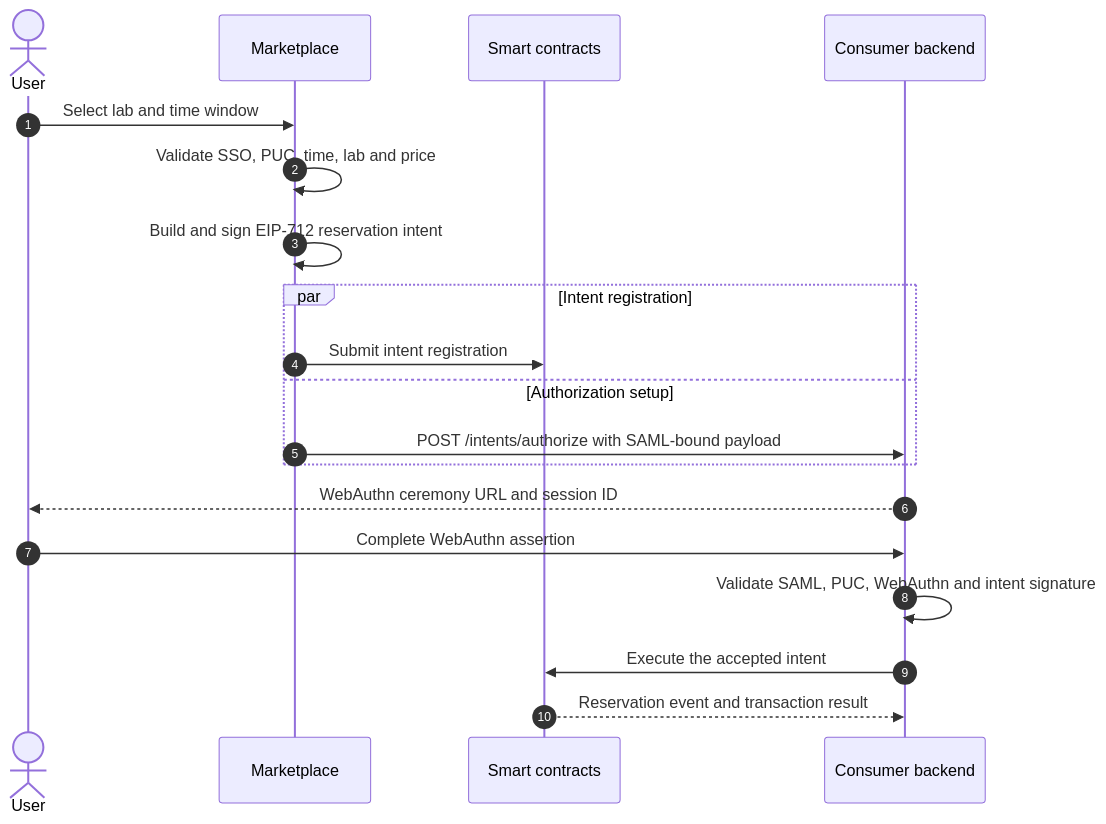
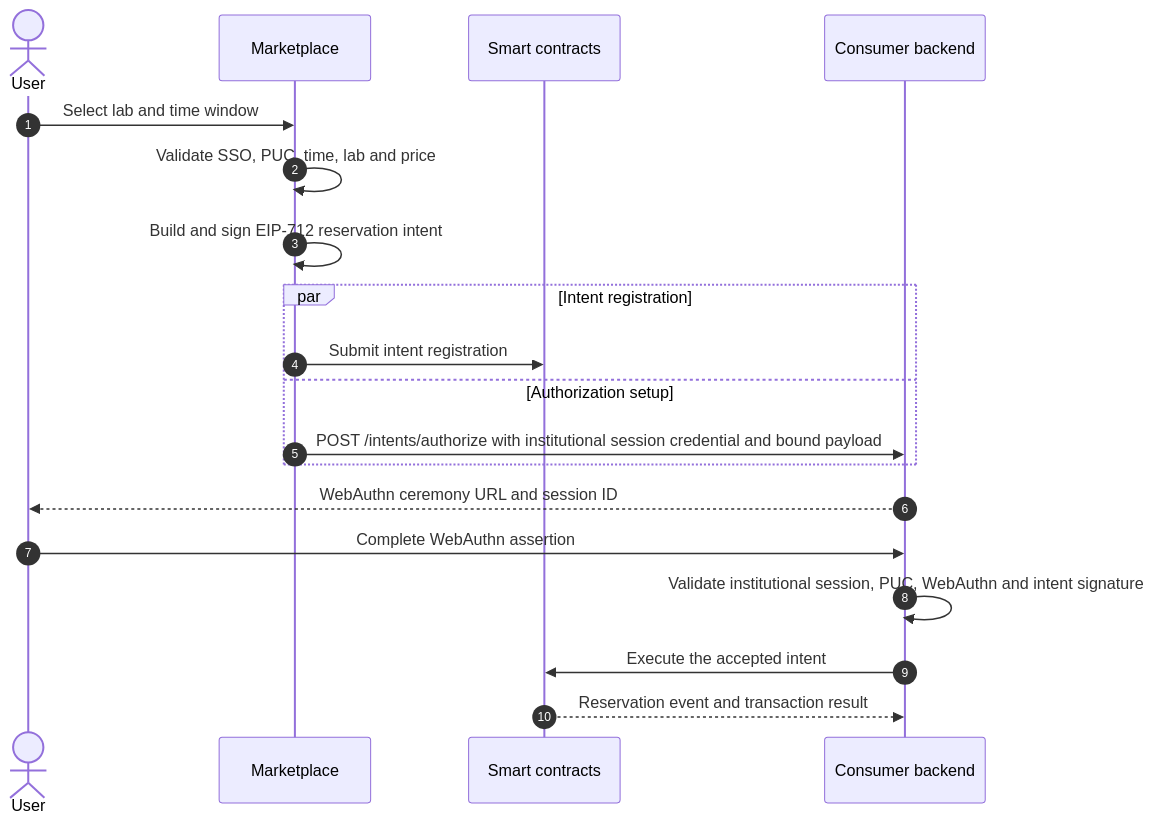
The second of 2 diagrams in docs/workflows/institutional-reservation-workflow.md (DecentraLabsCom/Lab-Gateway), drawn with Mermaid before and after one commit. The commit also changed other lines of this file and 1 other file, not shown here.

Commit message:
Align institutional session workflow documentation

````diff
--- a/docs/workflows/institutional-reservation-workflow.md
+++ b/docs/workflows/institutional-reservation-workflow.md
@@ -73,22 +73,22 @@
 ```mermaid
 sequenceDiagram
     autonumber
     actor User
     participant Marketplace
     participant Chain as Smart contracts
     participant Consumer as Consumer backend
 
     User->>Marketplace: Select lab and time window
     Marketplace->>Marketplace: Validate SSO, PUC, time, lab and price
     Marketplace->>Marketplace: Build and sign EIP-712 reservation intent
     par Intent registration
         Marketplace->>Chain: Submit intent registration
     and Authorization setup
-        Marketplace->>Consumer: POST /intents/authorize with SAML-bound payload
+        Marketplace->>Consumer: POST /intents/authorize with institutional session credential and bound payload
     end
     Consumer-->>User: WebAuthn ceremony URL and session ID
     User->>Consumer: Complete WebAuthn assertion
-    Consumer->>Consumer: Validate SAML, PUC, WebAuthn and intent signature
+    Consumer->>Consumer: Validate institutional session, PUC, WebAuthn and intent signature
     Consumer->>Chain: Execute the accepted intent
     Chain-->>Consumer: Reservation event and transaction result
 ```
````
